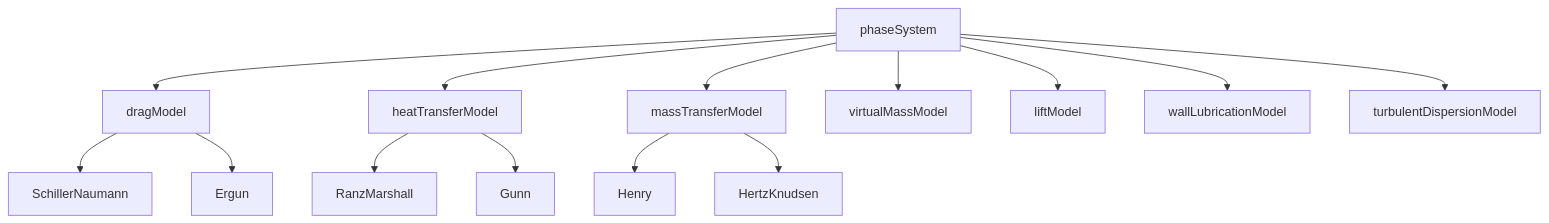
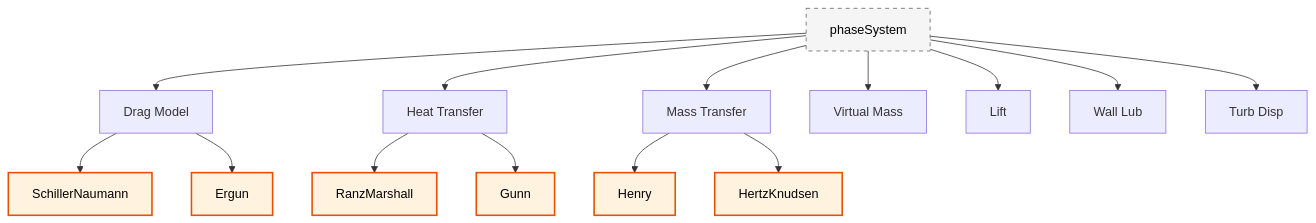
One commit to wramet/build-my-cfd changed the diagram in MODULE_04_MULTIPHASE_FUNDAMENTALS/CONTENT/02_MULTIPHASE_BASICS/02_Interfacial_Phenomena.md. Above: the diagram before and after it, drawn with Mermaid. The commit also changed 313 other files, not shown here.

Commit message:
Revise all diagram

````diff
--- a/MODULE_04_MULTIPHASE_FUNDAMENTALS/CONTENT/02_MULTIPHASE_BASICS/02_Interfacial_Phenomena.md
+++ b/MODULE_04_MULTIPHASE_FUNDAMENTALS/CONTENT/02_MULTIPHASE_BASICS/02_Interfacial_Phenomena.md
@@ -357,19 +357,19 @@
 ```mermaid
 flowchart TD
-    A[phaseSystem] --> B[dragModel]
-    A --> C[heatTransferModel]
-    A --> D[massTransferModel]
-    A --> E[virtualMassModel]
-    A --> F[liftModel]
-    A --> G[wallLubricationModel]
-    A --> H[turbulentDispersionModel]
-
-    B --> B1[SchillerNaumann]
-    B --> B2[Ergun]
-
-    C --> C1[RanzMarshall]
-    C --> C2[Gunn]
-
-    D --> D1[Henry]
-    D --> D2[HertzKnudsen]
+classDef implicit fill:#e1f5fe,stroke:#01579b,stroke-width:2px,color:#000
+classDef explicit fill:#fff3e0,stroke:#e65100,stroke-width:2px,color:#000
+classDef context fill:#f5f5f5,stroke:#616161,stroke-width:1px,color:#000,stroke-dasharray: 5 5
+A[phaseSystem]:::context --> B[Drag Model]
+A --> C[Heat Transfer]
+A --> D[Mass Transfer]
+A --> E[Virtual Mass]
+A --> F[Lift]
+A --> G[Wall Lub]
+A --> H[Turb Disp]
+B --> B1[SchillerNaumann]:::explicit
+B --> B2[Ergun]:::explicit
+C --> C1[RanzMarshall]:::explicit
+C --> C2[Gunn]:::explicit
+D --> D1[Henry]:::explicit
+D --> D2[HertzKnudsen]:::explicit
 ```
````
